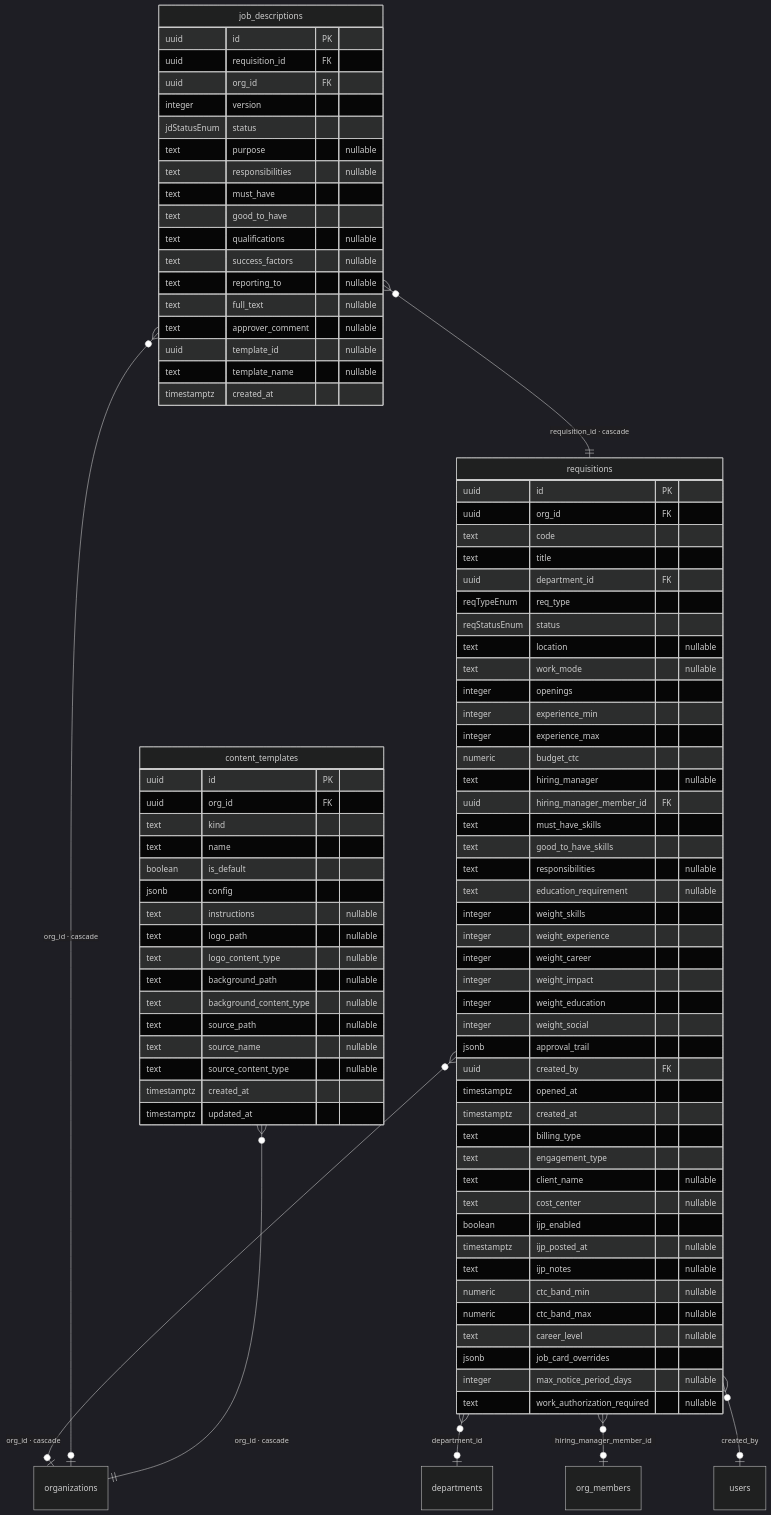
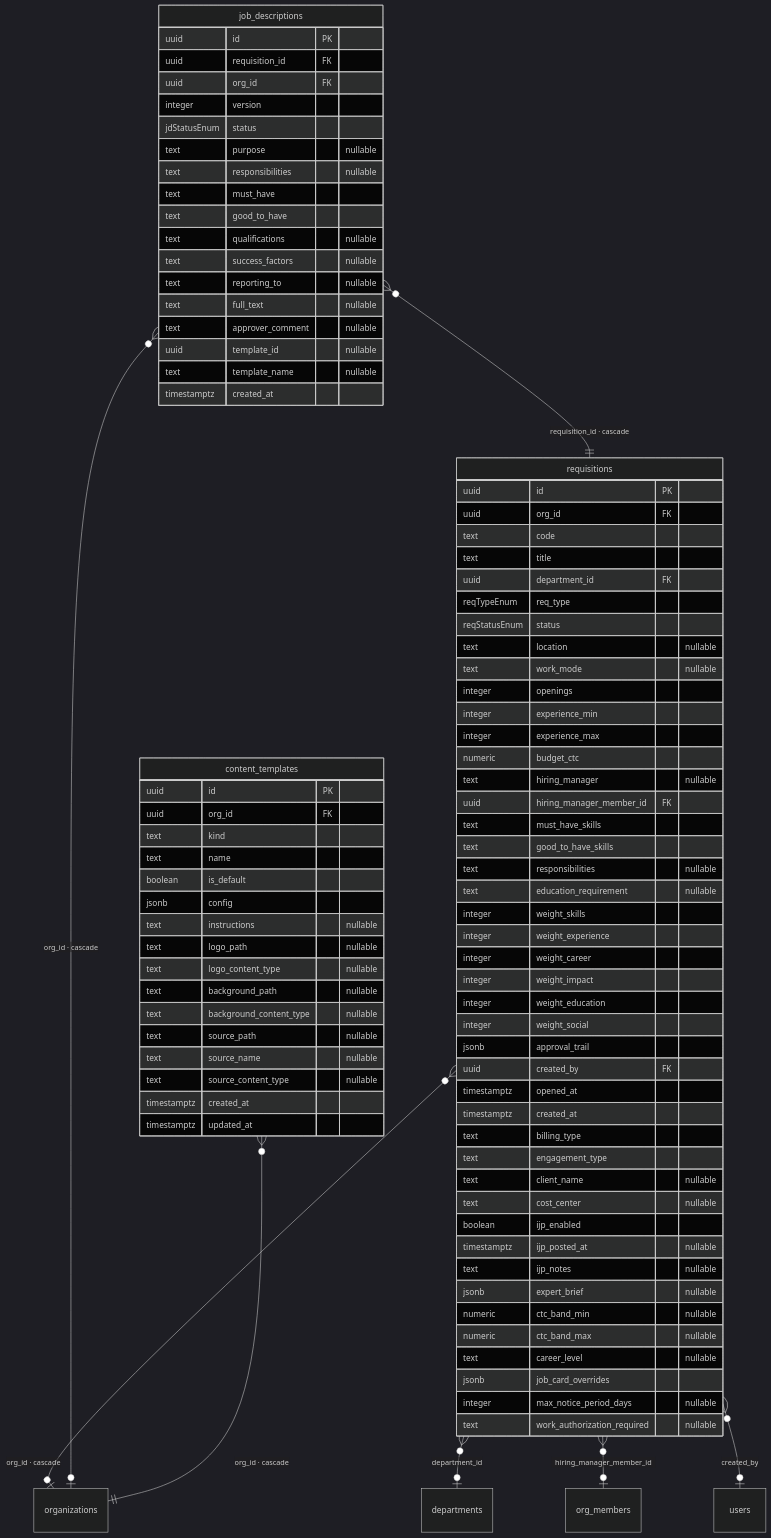
Before and after one commit to madhugraj/ATSAgent: the third of 9 diagrams in docs/er-diagram.md, drawn with Mermaid (dark theme). The commit also changed other lines of this file and 30 other files, not shown here.

```diff
--- a/docs/er-diagram.md
+++ b/docs/er-diagram.md
@@ -303,6 +303,7 @@
     boolean ijp_enabled
     timestamptz ijp_posted_at "nullable"
     text ijp_notes "nullable"
+    jsonb expert_brief "nullable"
     numeric ctc_band_min "nullable"
     numeric ctc_band_max "nullable"
     text career_level "nullable"
```
